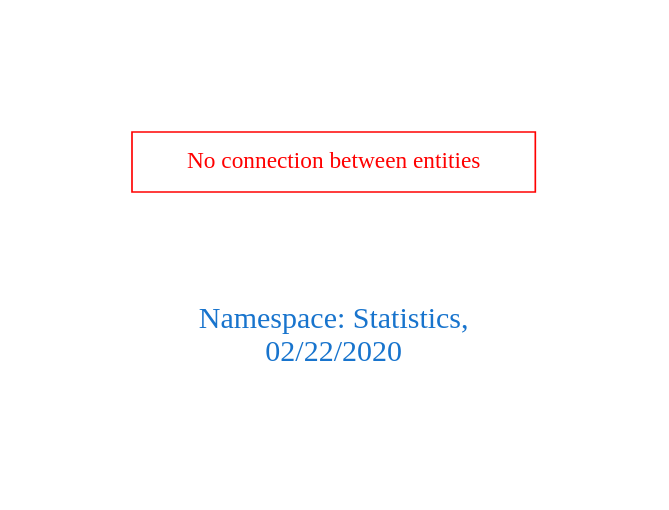
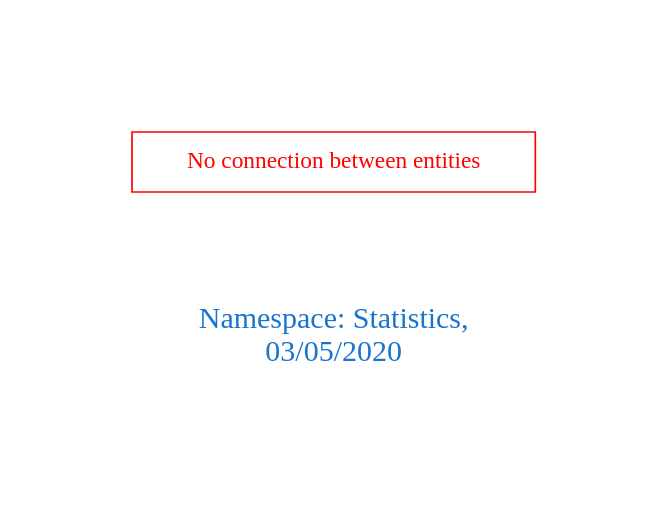
One commit to arago/OGIT changed the diagram in downloads/Statistics.dot. Above: the diagram before and after it, drawn with Graphviz. The commit also changed 1714 other files, not shown here.

```diff
--- a/downloads/Statistics.dot
+++ b/downloads/Statistics.dot
@@ -1,9 +1,9 @@
 digraph OGIT_ontology {
  graph [ rankdir= LR,pad=1 
 fontsize = 18,
-fontcolor= dodgerblue3,label = "\n\n\nNamespace: Statistics, \n 02/22/2020"];
+fontcolor= dodgerblue3,label = "\n\n\nNamespace: Statistics, \n 03/05/2020"];
 node[shape=polygon];
 edge [  color="gray81"];
 
 "No connection between entities" [fontcolor = "red",color="red", shape="polygon"]
 }
```
